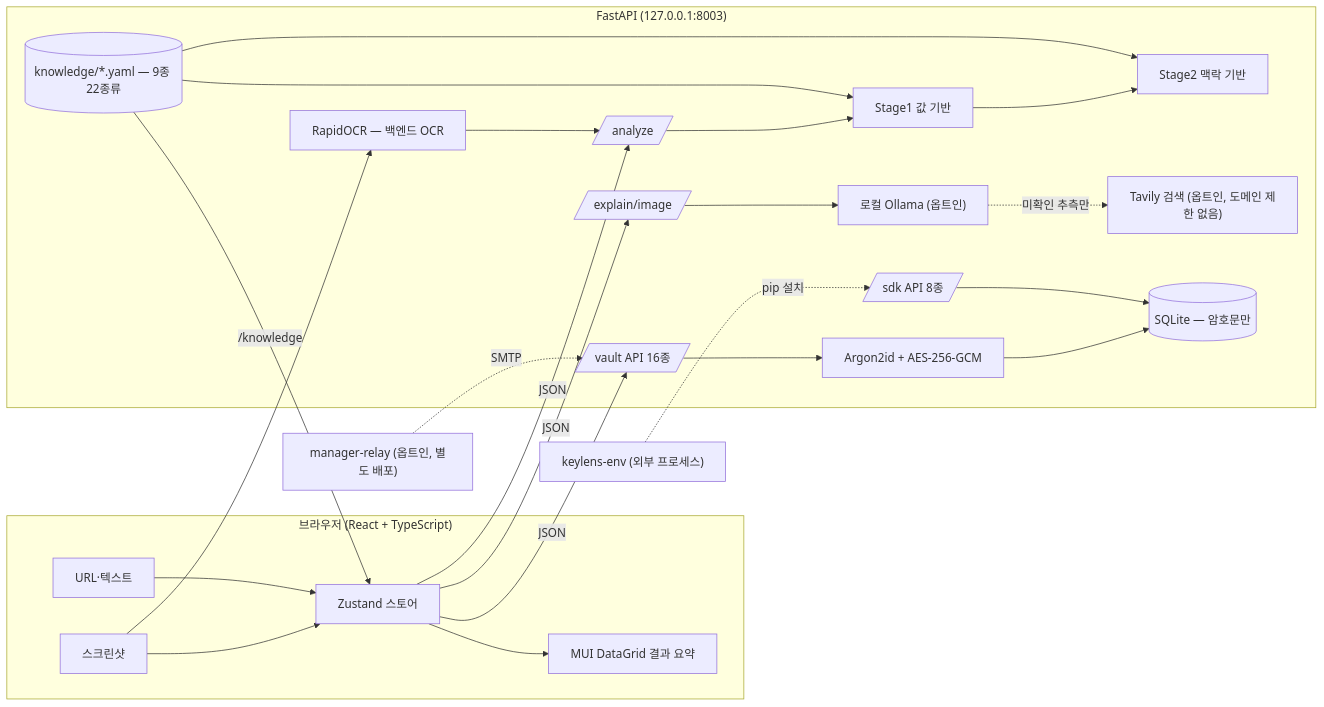
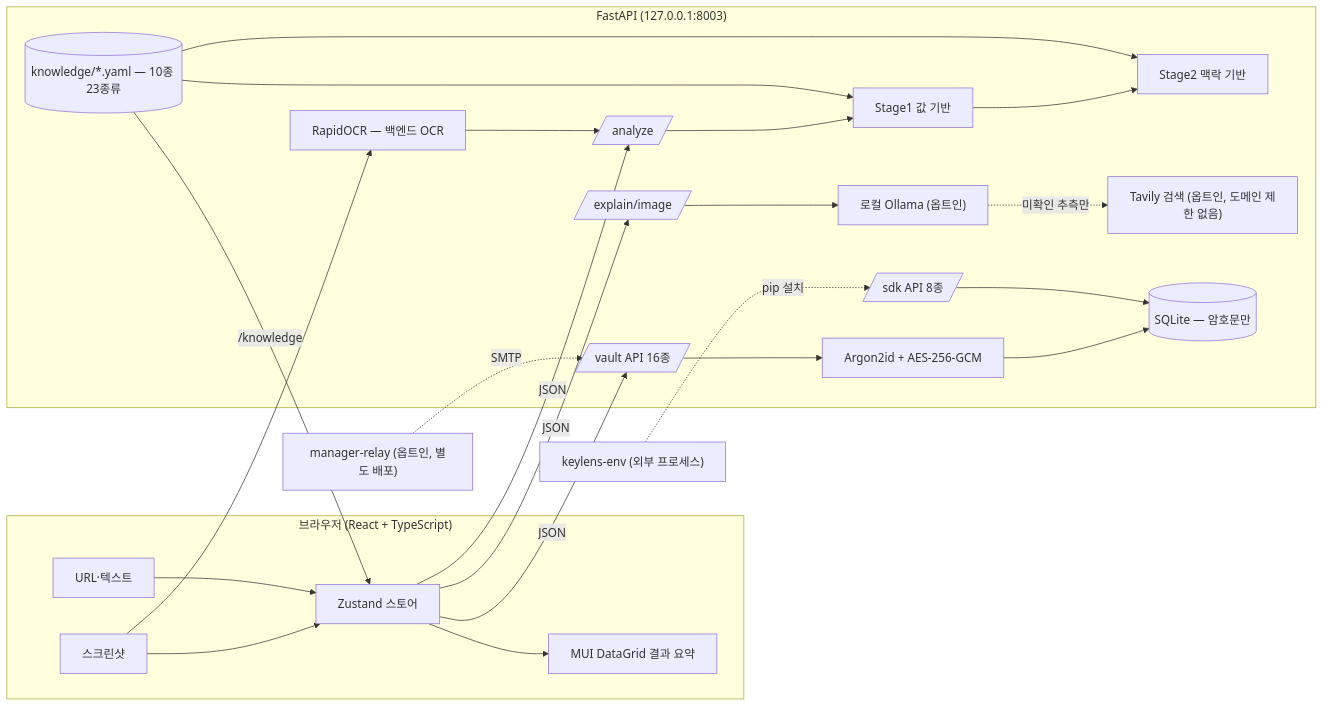
Before and after one commit to ttogle918/key-manager: the diagram in docs/FEATURES.md, drawn with Mermaid. The commit also changed other lines of this file and 13 other files, not shown here.

````diff
--- a/docs/FEATURES.md
+++ b/docs/FEATURES.md
@@ -26,26 +26,26 @@
 ```mermaid
 flowchart LR
   subgraph Browser["브라우저 (React + TypeScript)"]
     IMG[스크린샷] --> STORE[Zustand 스토어]
     URLTXT[URL·텍스트] --> STORE
     STORE --> GRID[MUI DataGrid 결과 요약]
   end
   subgraph Local["FastAPI (127.0.0.1:8003)"]
     OCR["RapidOCR — 백엔드 OCR"]
     AN[/analyze/] --> S1[Stage1 값 기반]
     S1 --> S2[Stage2 맥락 기반]
-    KB[("knowledge/*.yaml — 9종 22종류")] --> S1 & S2
+    KB[("knowledge/*.yaml — 10종 23종류")] --> S1 & S2
     EXP[/explain/image/] --> OLLAMA["로컬 Ollama (옵트인)"]
     OLLAMA -.미확인 추측만.-> TAVILY["Tavily 검색 (옵트인, 도메인 제한 없음)"]
     V[/vault API 16종/] --> CR[Argon2id + AES-256-GCM]
     CR --> DB[("SQLite — 암호문만")]
     SDK[/sdk API 8종/] --> DB
   end
   IMG --> OCR --> AN
   STORE -- JSON --> AN
   STORE -- JSON --> V
   STORE -- JSON --> EXP
   KB -- /knowledge --> STORE
   ENVSDK["keylens-env (외부 프로세스)"] -.pip 설치.-> SDK
   RELAY["manager-relay (옵트인, 별도 배포)"] -.SMTP.-> V
 ```
````
